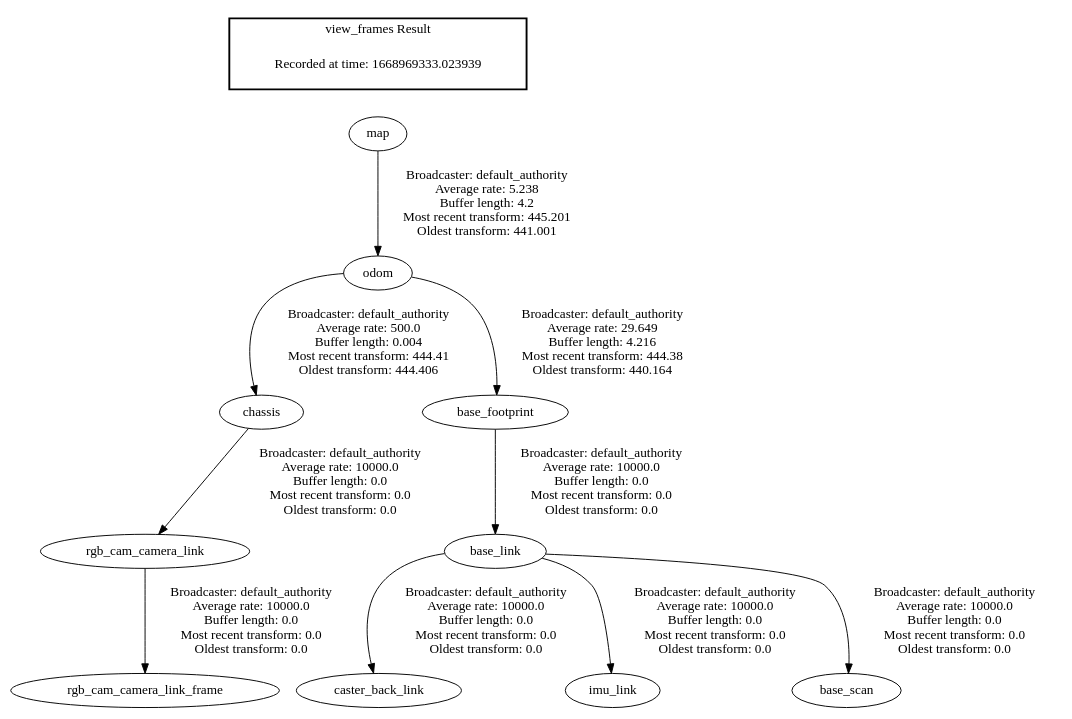
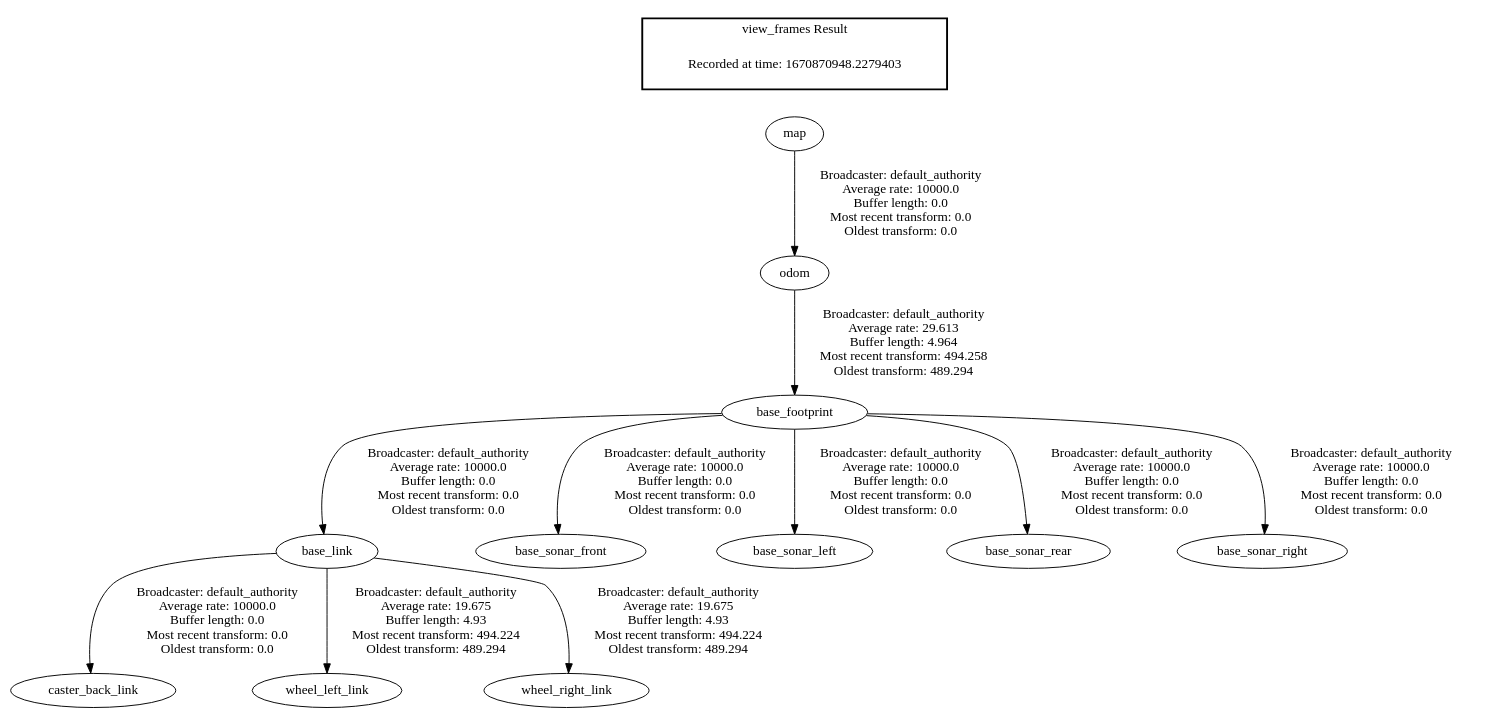
Before and after one commit to timdodge54/Path-Planning-with-Incomplete-Map: the diagram in frames.gv, drawn with Graphviz. The commit also changed 1 other file, not shown here.

```diff
--- a/frames.gv
+++ b/frames.gv
@@ -1,15 +1,16 @@
 digraph G {
-"odom" -> "chassis"[label=" Broadcaster: default_authority\nAverage rate: 500.0\nBuffer length: 0.004\nMost recent transform: 444.41\nOldest transform: 444.406\n"];
+"odom" -> "base_footprint"[label=" Broadcaster: default_authority\nAverage rate: 29.613\nBuffer length: 4.964\nMost recent transform: 494.258\nOldest transform: 489.294\n"];
+"map" -> "odom"[label=" Broadcaster: default_authority\nAverage rate: 10000.0\nBuffer length: 0.0\nMost recent transform: 0.0\nOldest transform: 0.0\n"];
 "base_footprint" -> "base_link"[label=" Broadcaster: default_authority\nAverage rate: 10000.0\nBuffer length: 0.0\nMost recent transform: 0.0\nOldest transform: 0.0\n"];
-"rgb_cam_camera_link" -> "rgb_cam_camera_link_frame"[label=" Broadcaster: default_authority\nAverage rate: 10000.0\nBuffer length: 0.0\nMost recent transform: 0.0\nOldest transform: 0.0\n"];
-"chassis" -> "rgb_cam_camera_link"[label=" Broadcaster: default_authority\nAverage rate: 10000.0\nBuffer length: 0.0\nMost recent transform: 0.0\nOldest transform: 0.0\n"];
-"odom" -> "base_footprint"[label=" Broadcaster: default_authority\nAverage rate: 29.649\nBuffer length: 4.216\nMost recent transform: 444.38\nOldest transform: 440.164\n"];
 "base_link" -> "caster_back_link"[label=" Broadcaster: default_authority\nAverage rate: 10000.0\nBuffer length: 0.0\nMost recent transform: 0.0\nOldest transform: 0.0\n"];
-"base_link" -> "imu_link"[label=" Broadcaster: default_authority\nAverage rate: 10000.0\nBuffer length: 0.0\nMost recent transform: 0.0\nOldest transform: 0.0\n"];
-"base_link" -> "base_scan"[label=" Broadcaster: default_authority\nAverage rate: 10000.0\nBuffer length: 0.0\nMost recent transform: 0.0\nOldest transform: 0.0\n"];
-"map" -> "odom"[label=" Broadcaster: default_authority\nAverage rate: 5.238\nBuffer length: 4.2\nMost recent transform: 445.201\nOldest transform: 441.001\n"];
+"base_footprint" -> "base_sonar_front"[label=" Broadcaster: default_authority\nAverage rate: 10000.0\nBuffer length: 0.0\nMost recent transform: 0.0\nOldest transform: 0.0\n"];
+"base_footprint" -> "base_sonar_left"[label=" Broadcaster: default_authority\nAverage rate: 10000.0\nBuffer length: 0.0\nMost recent transform: 0.0\nOldest transform: 0.0\n"];
+"base_footprint" -> "base_sonar_rear"[label=" Broadcaster: default_authority\nAverage rate: 10000.0\nBuffer length: 0.0\nMost recent transform: 0.0\nOldest transform: 0.0\n"];
+"base_footprint" -> "base_sonar_right"[label=" Broadcaster: default_authority\nAverage rate: 10000.0\nBuffer length: 0.0\nMost recent transform: 0.0\nOldest transform: 0.0\n"];
+"base_link" -> "wheel_left_link"[label=" Broadcaster: default_authority\nAverage rate: 19.675\nBuffer length: 4.93\nMost recent transform: 494.224\nOldest transform: 489.294\n"];
+"base_link" -> "wheel_right_link"[label=" Broadcaster: default_authority\nAverage rate: 19.675\nBuffer length: 4.93\nMost recent transform: 494.224\nOldest transform: 489.294\n"];
 edge [style=invis];
  subgraph cluster_legend { style=bold; color=black; label ="view_frames Result";
-"Recorded at time: 1668969333.023939"[ shape=plaintext ] ;
+"Recorded at time: 1670870948.2279403"[ shape=plaintext ] ;
 }->"map";
 }
```
